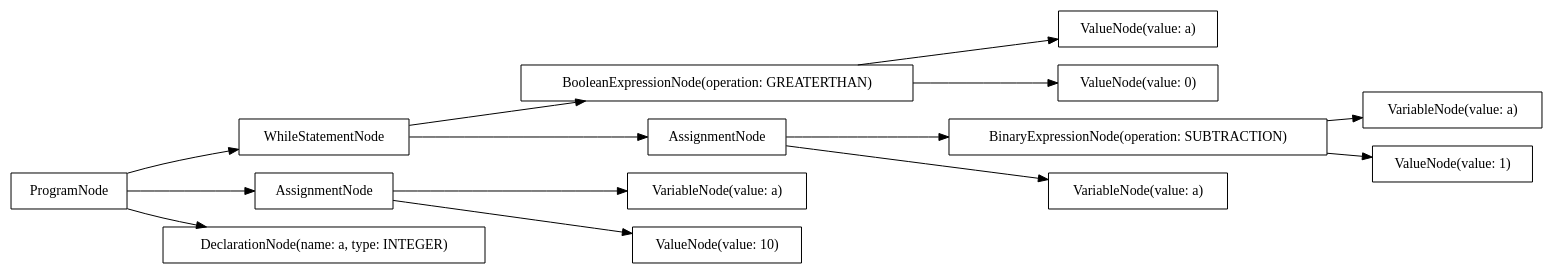
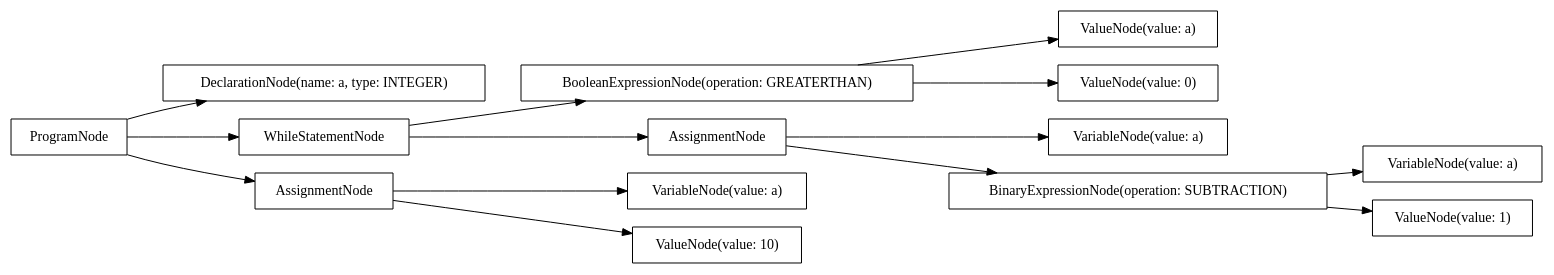
The diagram in src/output/dot/example-while.dot (AtLeastITry/ANTLR-Python-Compiler), drawn with Graphviz before and after one commit. The commit also changed 19 other files, not shown here.

```diff
--- a/src/output/dot/example-while.dot
+++ b/src/output/dot/example-while.dot
@@ -1,30 +1,30 @@
 digraph G {
 rankdir=LR
-"6666116e-3b81-4447-89fa-973c9e203f29" [label="BooleanExpressionNode(operation: GREATERTHAN)" shape="box"];
-"6128ea76-4e2a-443c-8f13-30d3fd3d6cb7" [label="WhileStatementNode" shape="box"];
-"fe1895b8-2675-4095-ad65-08bc1fca9b30" [label="AssignmentNode" shape="box"];
-"30d4b89a-0f05-486e-a2a3-6319a92be6b0" [label="ProgramNode" shape="box"];
-"7390b38a-9571-4118-b64b-030083e78357" [label="VariableNode(value: a)" shape="box"];
-"cdf98377-9c0c-4677-9a7d-668a2af34c9f" [label="DeclarationNode(name: a, type: INTEGER)" shape="box"];
-"9481b773-dc23-401c-b2b4-9afb870fd418" [label="VariableNode(value: a)" shape="box"];
-"70b68e71-a7d0-4120-a902-b5973ab88a4f" [label="BinaryExpressionNode(operation: SUBTRACTION)" shape="box"];
-"b37a88ed-eb16-4f24-a805-854d5f3b33c0" [label="ValueNode(value: a)" shape="box"];
-"e2f21e54-ae97-4b5d-bd8c-79f5f49e051d" [label="VariableNode(value: a)" shape="box"];
-"850be130-5e6d-4b47-b315-b9c52a40afd9" [label="ValueNode(value: 1)" shape="box"];
-"142bd3a3-1dbc-46a3-95ad-278d0cced3a2" [label="ValueNode(value: 10)" shape="box"];
-"28569fba-3735-4abb-b2e3-3d5fa088d0aa" [label="ValueNode(value: 0)" shape="box"];
-"b2e0d21e-de06-409d-ab6e-1ed22a423f87" [label="AssignmentNode" shape="box"];
-"30d4b89a-0f05-486e-a2a3-6319a92be6b0" -> "cdf98377-9c0c-4677-9a7d-668a2af34c9f";
-"30d4b89a-0f05-486e-a2a3-6319a92be6b0" -> "fe1895b8-2675-4095-ad65-08bc1fca9b30";
-"fe1895b8-2675-4095-ad65-08bc1fca9b30" -> "9481b773-dc23-401c-b2b4-9afb870fd418";
-"fe1895b8-2675-4095-ad65-08bc1fca9b30" -> "142bd3a3-1dbc-46a3-95ad-278d0cced3a2";
-"30d4b89a-0f05-486e-a2a3-6319a92be6b0" -> "6128ea76-4e2a-443c-8f13-30d3fd3d6cb7";
-"6128ea76-4e2a-443c-8f13-30d3fd3d6cb7" -> "6666116e-3b81-4447-89fa-973c9e203f29";
-"6666116e-3b81-4447-89fa-973c9e203f29" -> "b37a88ed-eb16-4f24-a805-854d5f3b33c0";
-"6666116e-3b81-4447-89fa-973c9e203f29" -> "28569fba-3735-4abb-b2e3-3d5fa088d0aa";
-"6128ea76-4e2a-443c-8f13-30d3fd3d6cb7" -> "b2e0d21e-de06-409d-ab6e-1ed22a423f87";
-"b2e0d21e-de06-409d-ab6e-1ed22a423f87" -> "e2f21e54-ae97-4b5d-bd8c-79f5f49e051d";
-"b2e0d21e-de06-409d-ab6e-1ed22a423f87" -> "70b68e71-a7d0-4120-a902-b5973ab88a4f";
-"70b68e71-a7d0-4120-a902-b5973ab88a4f" -> "7390b38a-9571-4118-b64b-030083e78357";
-"70b68e71-a7d0-4120-a902-b5973ab88a4f" -> "850be130-5e6d-4b47-b315-b9c52a40afd9";
+"32255552-3cbe-4170-8fa5-35868c11bd49" [label="DeclarationNode(name: a, type: INTEGER)" shape="box"];
+"eaaaabdd-9fcf-435d-8e2a-7732fe46af91" [label="VariableNode(value: a)" shape="box"];
+"e5104487-13b3-4b28-ac50-2512885113b4" [label="VariableNode(value: a)" shape="box"];
+"d550f2a3-72a0-430d-9f33-56bac0050a5d" [label="VariableNode(value: a)" shape="box"];
+"6b775fb2-e8b8-47b7-8661-f6afe0ce7425" [label="ValueNode(value: a)" shape="box"];
+"eb041c1a-6c3a-43df-9a0f-7c7576754145" [label="ValueNode(value: 10)" shape="box"];
+"34f3e22e-ff2c-4fdb-9e76-8a0b1dcfaa4c" [label="ValueNode(value: 0)" shape="box"];
+"4f03f7f7-c36a-4d96-9046-51fc6a09f42e" [label="BooleanExpressionNode(operation: GREATERTHAN)" shape="box"];
+"ff831003-58ae-4427-af63-0759d730edd6" [label="AssignmentNode" shape="box"];
+"0de367d9-cb3a-4016-9bda-e345cefabb06" [label="BinaryExpressionNode(operation: SUBTRACTION)" shape="box"];
+"d6723b4f-f91f-4ea6-8272-fca7d2c9d7ce" [label="WhileStatementNode" shape="box"];
+"74961fff-dc2a-4569-83ec-3052ea0b6e27" [label="ValueNode(value: 1)" shape="box"];
+"f9fb89c1-6915-4b94-9f3b-3bce78a23a75" [label="AssignmentNode" shape="box"];
+"ebe9dc59-fee8-4475-87fc-d2ebc1b2a014" [label="ProgramNode" shape="box"];
+"ebe9dc59-fee8-4475-87fc-d2ebc1b2a014" -> "32255552-3cbe-4170-8fa5-35868c11bd49";
+"ebe9dc59-fee8-4475-87fc-d2ebc1b2a014" -> "f9fb89c1-6915-4b94-9f3b-3bce78a23a75";
+"f9fb89c1-6915-4b94-9f3b-3bce78a23a75" -> "d550f2a3-72a0-430d-9f33-56bac0050a5d";
+"f9fb89c1-6915-4b94-9f3b-3bce78a23a75" -> "eb041c1a-6c3a-43df-9a0f-7c7576754145";
+"ebe9dc59-fee8-4475-87fc-d2ebc1b2a014" -> "d6723b4f-f91f-4ea6-8272-fca7d2c9d7ce";
+"d6723b4f-f91f-4ea6-8272-fca7d2c9d7ce" -> "4f03f7f7-c36a-4d96-9046-51fc6a09f42e";
+"4f03f7f7-c36a-4d96-9046-51fc6a09f42e" -> "6b775fb2-e8b8-47b7-8661-f6afe0ce7425";
+"4f03f7f7-c36a-4d96-9046-51fc6a09f42e" -> "34f3e22e-ff2c-4fdb-9e76-8a0b1dcfaa4c";
+"d6723b4f-f91f-4ea6-8272-fca7d2c9d7ce" -> "ff831003-58ae-4427-af63-0759d730edd6";
+"ff831003-58ae-4427-af63-0759d730edd6" -> "e5104487-13b3-4b28-ac50-2512885113b4";
+"ff831003-58ae-4427-af63-0759d730edd6" -> "0de367d9-cb3a-4016-9bda-e345cefabb06";
+"0de367d9-cb3a-4016-9bda-e345cefabb06" -> "eaaaabdd-9fcf-435d-8e2a-7732fe46af91";
+"0de367d9-cb3a-4016-9bda-e345cefabb06" -> "74961fff-dc2a-4569-83ec-3052ea0b6e27";
 }
```
